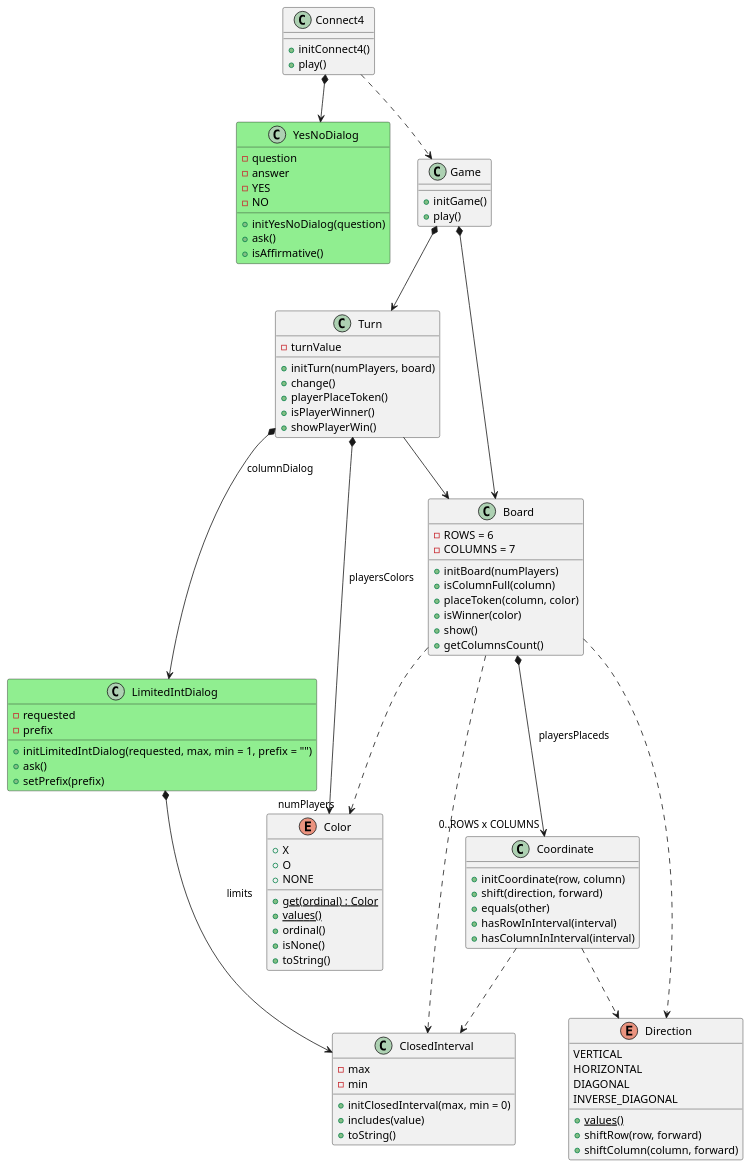
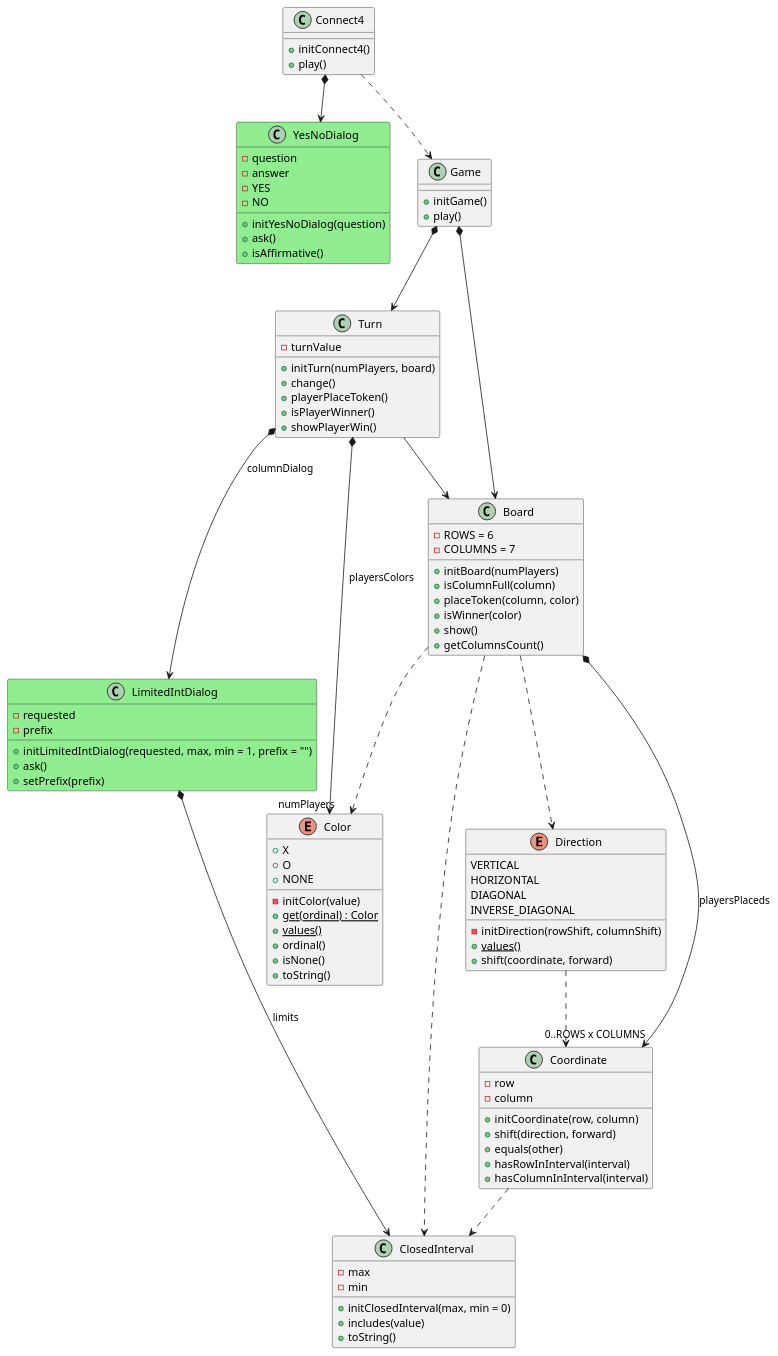
Before and after one commit to PabloMartinFluvia/myGame-connect4: the diagram in docs/dev-resume/src/analysis.plantuml, drawn with PlantUML. The commit also changed 4 other files, not shown here.

```diff
--- a/docs/dev-resume/src/analysis.plantuml
+++ b/docs/dev-resume/src/analysis.plantuml
@@ -1,113 +1,117 @@
 @startuml analysis
 
 class Connect4 {
 
     + initConnect4()
     + play()
 }
 Connect4 *--> YesNoDialog
 Connect4 ..> Game
 
 class Game {     
 
     + initGame()
     + play()
 }
 Game *--> Turn
 Game *--> Board
 
 class Turn {
     - turnValue
 
     + initTurn(numPlayers, board)    
     + change()      
     + playerPlaceToken()        
     + isPlayerWinner()
     + showPlayerWin()
 }
 Turn *--> "numPlayers" Color : playersColors
 Turn *--> LimitedIntDialog : columnDialog
 Turn --> Board
 
 class Board {
     - ROWS = 6
     - COLUMNS = 7
     
     + initBoard(numPlayers)
     + isColumnFull(column)
     + placeToken(column, color)
     + isWinner(color)
     + show()
     + getColumnsCount()
 }
 Board *--> "0..ROWS x COLUMNS" Coordinate : playersPlaceds
 Board ..> ClosedInterval
 Board ..> Direction
 Board ..> Color
 
 class Coordinate {
+    - row
+    - column 
+
     + initCoordinate(row, column)
     + shift(direction, forward)
     + equals(other)   
     + hasRowInInterval(interval)
     + hasColumnInInterval(interval)
 }
-Coordinate ..> Direction
 Coordinate ..> ClosedInterval
 
 enum Direction {
     VERTICAL
     HORIZONTAL
     DIAGONAL
     INVERSE_DIAGONAL
 
+    - initDirection(rowShift, columnShift)
     + {static} values()
-    + shiftRow(row, forward)
-    + shiftColumn(column, forward)
+    + shift(coordinate, forward)
 }
+Direction ..> Coordinate
 
 enum Color {
     + X
     + O   
     + NONE 
 
+    - initColor(value)
     + {static} get(ordinal) : Color  
     + {static} values()  
     + ordinal()
     + isNone()
     + toString()
 }
 
 class YesNoDialog #LightGreen {  
     - question
     - answer   
     - YES
     - NO
 
     + initYesNoDialog(question)
     + ask()
     + isAffirmative()
 }
 
 class LimitedIntDialog #LightGreen {
     - requested
     - prefix
     
 
     + initLimitedIntDialog(requested, max, min = 1, prefix = "") 
     + ask()
     + setPrefix(prefix)
 }
 LimitedIntDialog *--> ClosedInterval : limits
 
 class ClosedInterval {
     - max
     - min
 
     + initClosedInterval(max, min = 0)
     + includes(value)
     + toString()
 }
 
 
 @enduml
```
